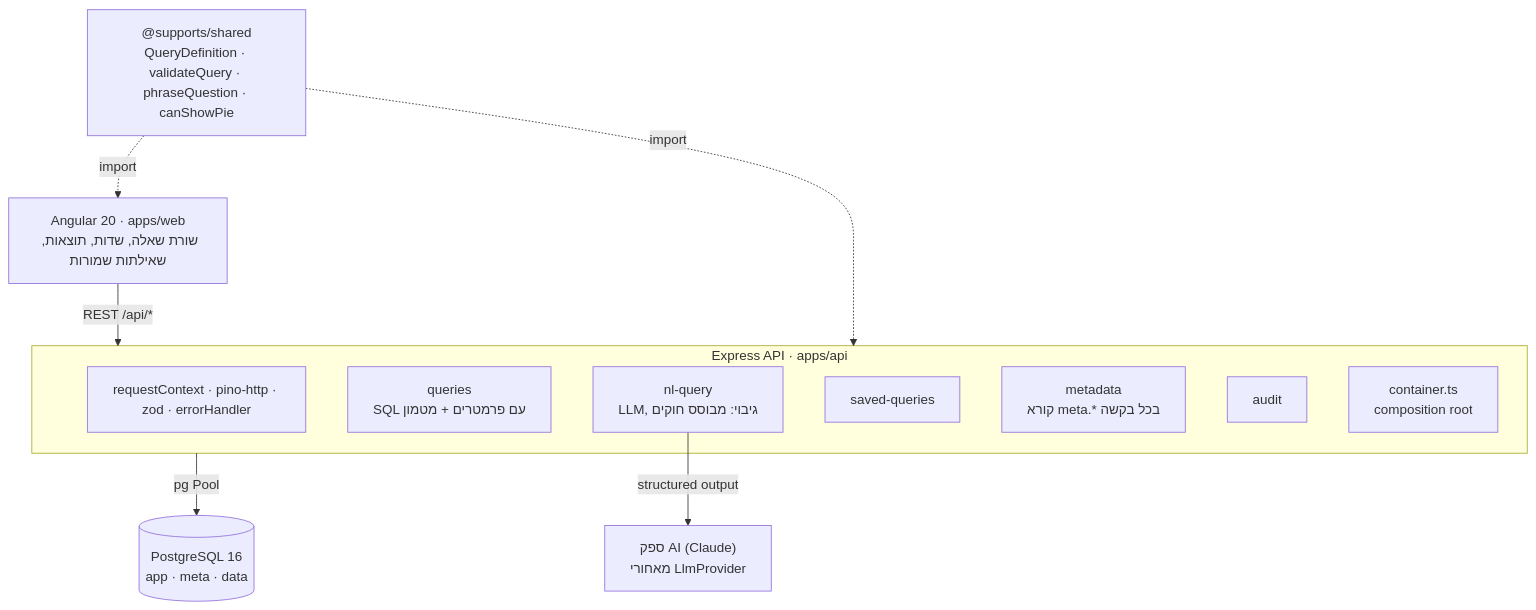
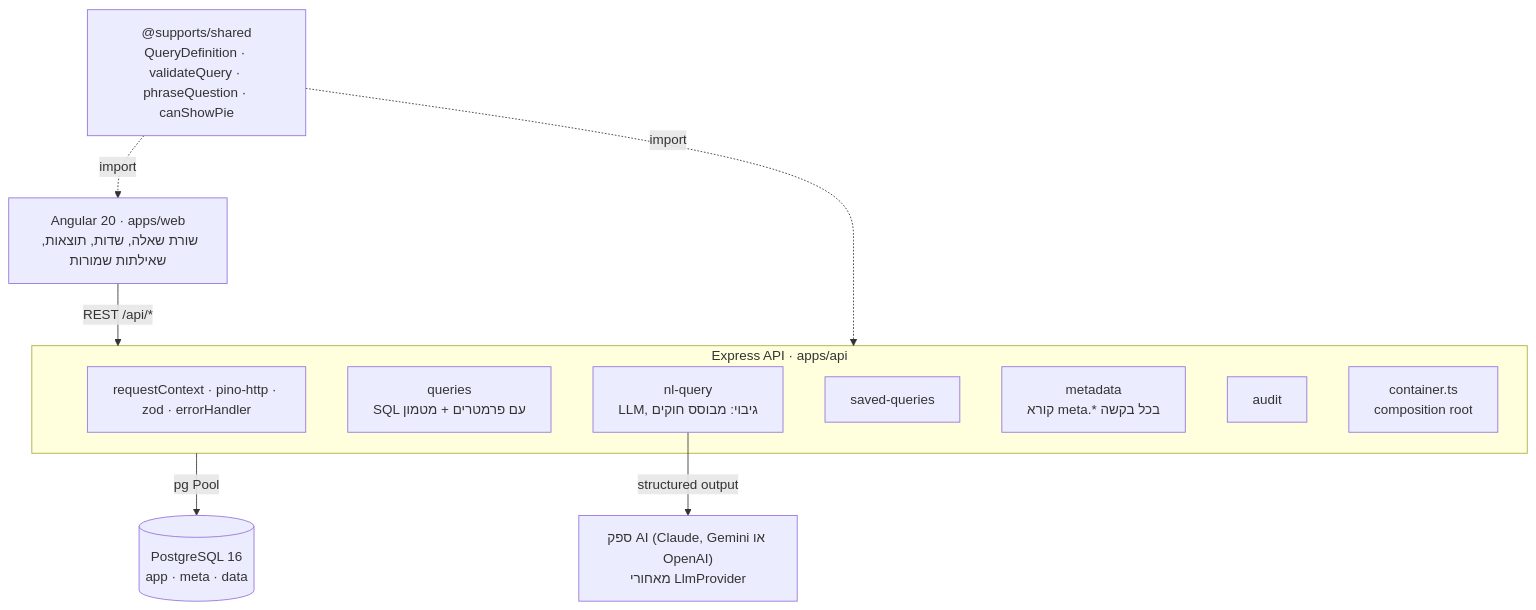
The first of 3 diagrams in README.md (MiryamShpigel/supports), drawn with Mermaid before and after one commit. The commit also changed other lines of this file and 17 other files, not shown here.

````diff
--- a/README.md
+++ b/README.md
@@ -28,22 +28,22 @@
 ```mermaid
 flowchart TB
   web["Angular 20 · apps/web<br/>שורת שאלה, שדות, תוצאות, שאילתות שמורות"]
   shared["@supports/shared<br/>QueryDefinition · validateQuery · phraseQuestion · canShowPie"]
   subgraph api["Express API · apps/api"]
     mw["requestContext · pino-http · zod · errorHandler"]
     queries["queries<br/>SQL עם פרמטרים + מטמון"]
     nl["nl-query<br/>LLM, גיבוי: מבוסס חוקים"]
     saved["saved-queries"]
     meta["metadata<br/>קורא meta.* בכל בקשה"]
     audit["audit"]
     container["container.ts<br/>composition root"]
   end
   pg[("PostgreSQL 16<br/>app · meta · data")]
-  llm["ספק AI (Claude)<br/>מאחורי LlmProvider"]
+  llm["ספק AI (Claude, Gemini או OpenAI)<br/>מאחורי LlmProvider"]
 
   web -- "REST /api/*" --> api
   shared -. import .-> web
   shared -. import .-> api
   api -- "pg Pool" --> pg
   nl -- "structured output" --> llm
 ```
````
